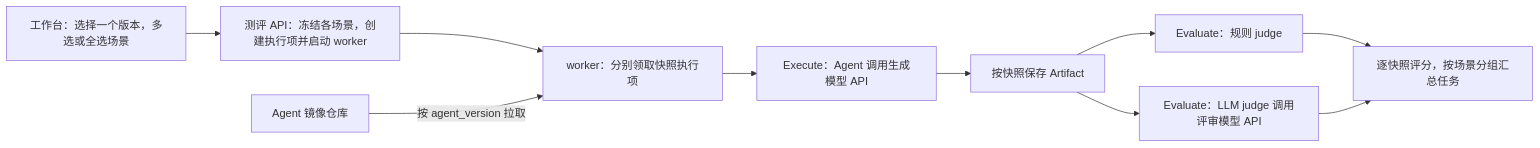
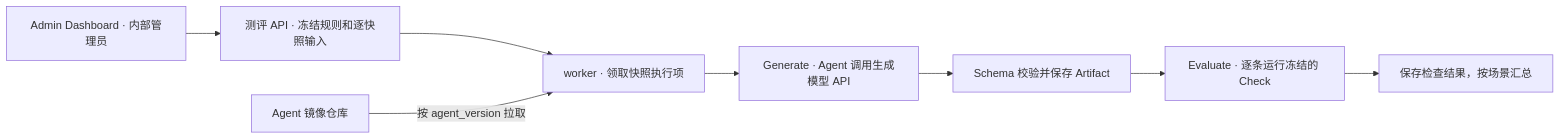
The first of 2 diagrams in docs/superpowers/specs/2026-11-23-offline-plan-eval.md (zhaochy1990/running), drawn with Mermaid before and after one commit. The commit also changed other lines of this file and 2 other files, not shown here.

````diff
--- a/docs/superpowers/specs/2026-11-23-offline-plan-eval.md
+++ b/docs/superpowers/specs/2026-11-23-offline-plan-eval.md
@@ -30,12 +30,10 @@
 ```mermaid
 flowchart LR
-    UI["工作台：选择一个版本，多选或全选场景"] --> API["测评 API：冻结各场景，创建执行项并启动 worker"]
-    API --> W["worker：分别领取快照执行项"]
+    UI["Admin Dashboard · 内部管理员"] --> API["测评 API · 冻结规则和逐快照输入"]
+    API --> W["worker · 领取快照执行项"]
     REG["Agent 镜像仓库"] -->|按 agent_version 拉取| W
-    W --> EX["Execute：Agent 调用生成模型 API"]
-    EX --> STORE["按快照保存 Artifact"]
-    STORE --> RULE["Evaluate：规则 judge"]
-    STORE --> LLM["Evaluate：LLM judge 调用评审模型 API"]
-    RULE --> REP["逐快照评分，按场景分组汇总任务"]
-    LLM --> REP
+    W --> GEN["Generate · Agent 调用生成模型 API"]
+    GEN --> STORE["Schema 校验并保存 Artifact"]
+    STORE --> CHECK["Evaluate · 逐条运行冻结的 Check"]
+    CHECK --> REP["保存检查结果，按场景汇总"]
 ```
````
